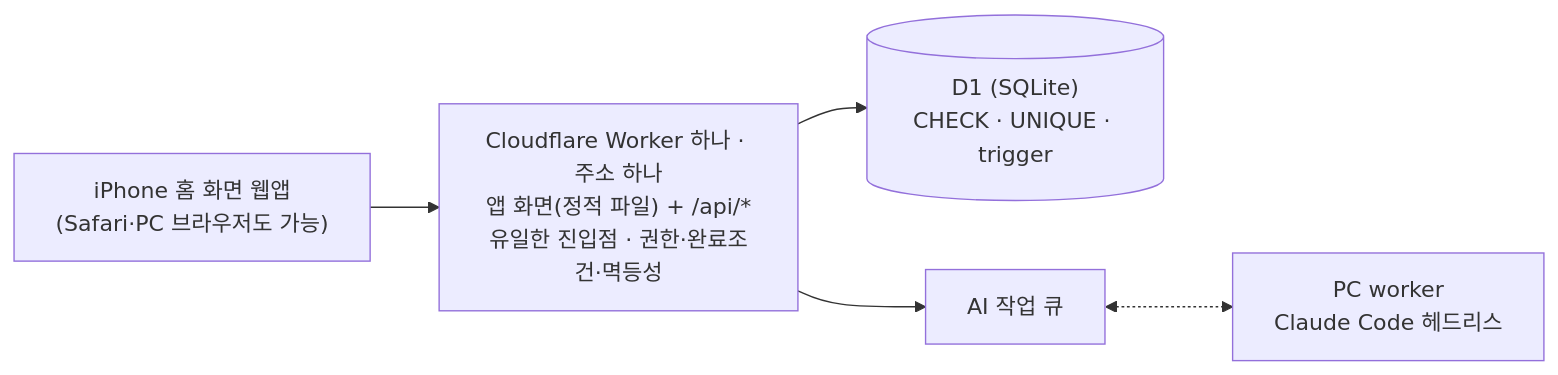
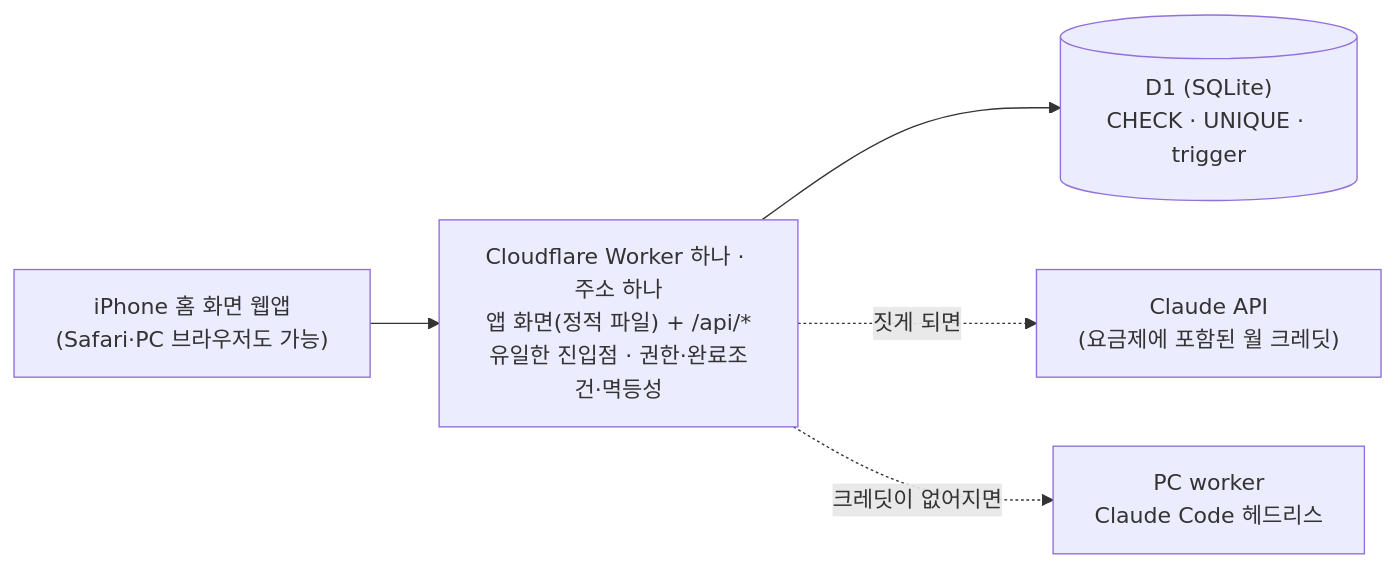
The diagram in README.md (SKUnohtaekyung/emotion-diary), drawn with Mermaid before and after one commit. The commit also changed other lines of this file and 27 other files, not shown here.

````diff
--- a/README.md
+++ b/README.md
@@ -100,7 +100,7 @@
 ```mermaid
 flowchart LR
   U["iPhone 홈 화면 웹앱<br/>(Safari·PC 브라우저도 가능)"] --> W["Cloudflare Worker 하나 · 주소 하나<br/>앱 화면(정적 파일) + /api/*<br/>유일한 진입점 · 권한·완료조건·멱등성"]
   W --> D[("D1 (SQLite)<br/>CHECK · UNIQUE · trigger")]
-  W --> Q["AI 작업 큐"]
-  Q <-.-> PC["PC worker<br/>Claude Code 헤드리스"]
+  W -.->|짓게 되면| C["Claude API<br/>(요금제에 포함된 월 크레딧)"]
+  W -.->|크레딧이 없어지면| PC["PC worker<br/>Claude Code 헤드리스"]
 ```
````
